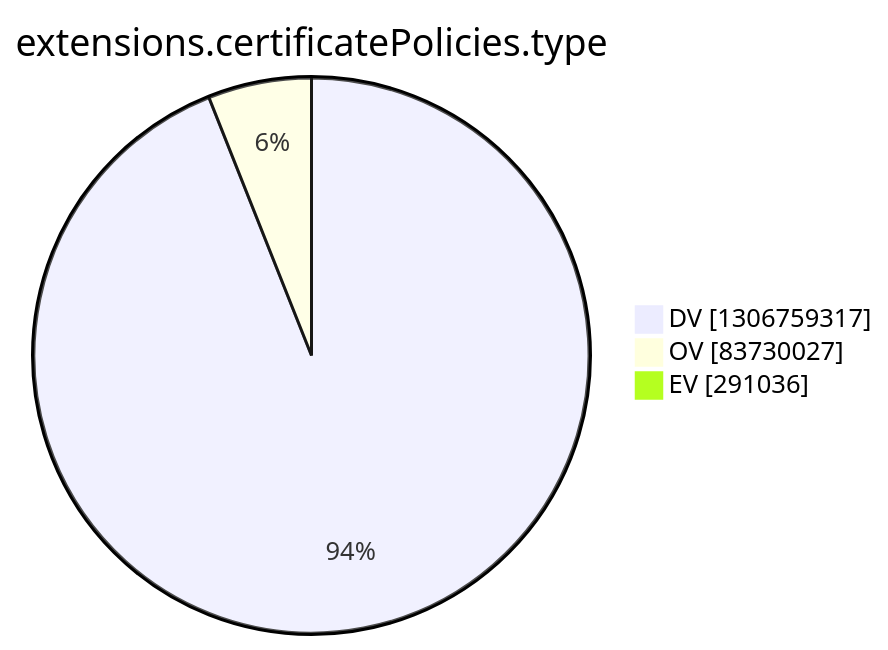
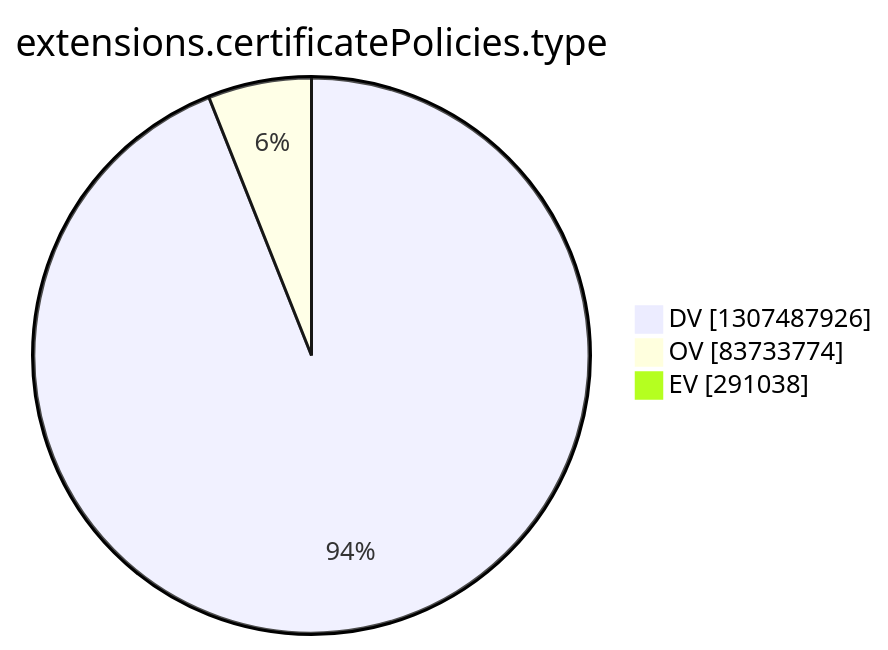
The tenth of 15 diagrams in argon2022/README.md (christiankrug/ctmonitor_visualization), drawn with Mermaid before and after one commit. The commit also changed other lines of this file, not shown here.

````diff
--- a/argon2022/README.md
+++ b/argon2022/README.md
@@ -2772,7 +2772,7 @@
 ```mermaid
 pie showData
 title extensions.certificatePolicies.type
-"DV" :1306759317
-"OV" :83730027
-"EV" :291036
+"DV" :1307487926
+"OV" :83733774
+"EV" :291038
 ```
````
